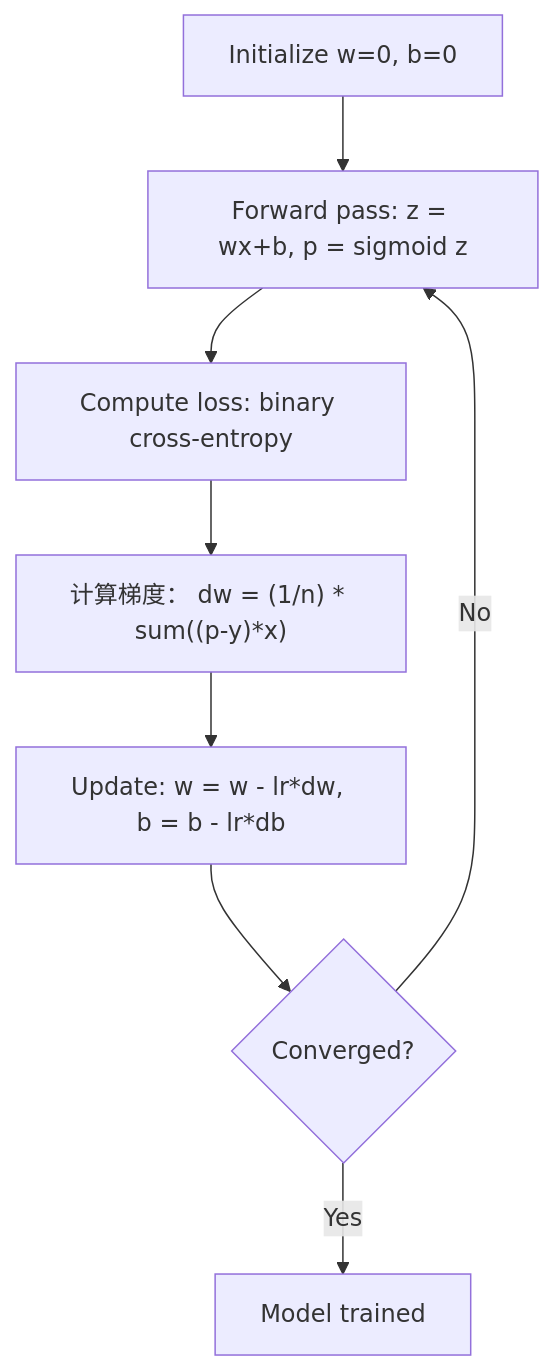
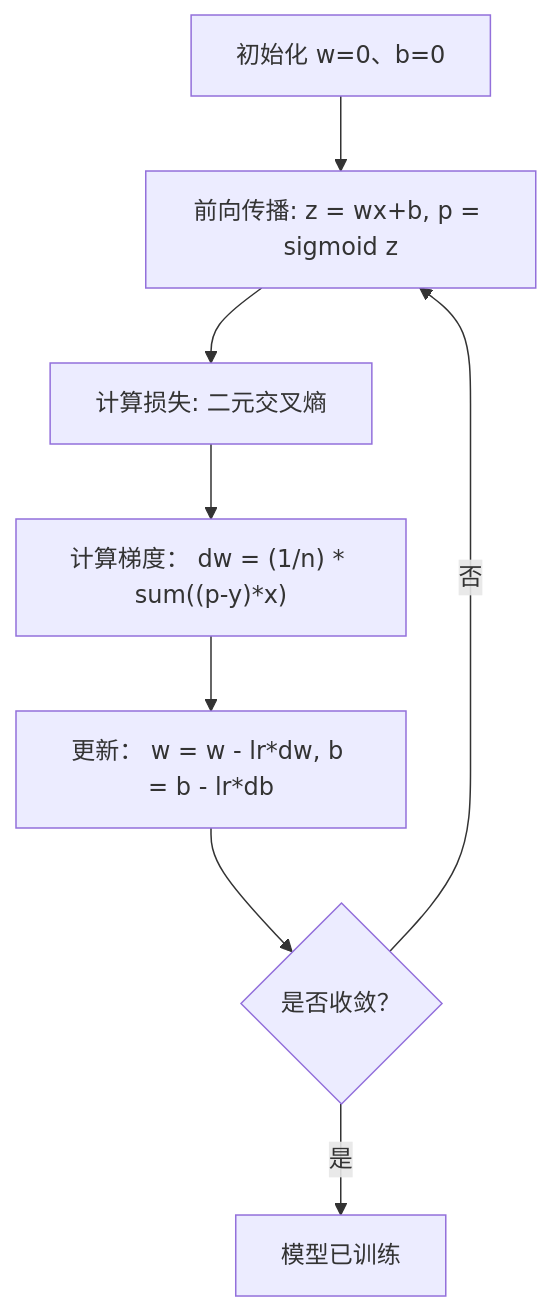
Before and after one commit to huangyue12120/Learning-Atlas: the second of 2 diagrams in content/translations/practice/02-ml-fundamentals/03-logistic-regression/zh.md, drawn with Mermaid. The commit also changed other lines of this file and 24 other files, not shown here.

Commit message:
fix(reader): localize Mermaid in source content

````diff
--- a/content/translations/practice/02-ml-fundamentals/03-logistic-regression/zh.md
+++ b/content/translations/practice/02-ml-fundamentals/03-logistic-regression/zh.md
@@ -114,10 +114,10 @@
 ```mermaid
 flowchart TD
-    A[Initialize w=0, b=0] --> B[Forward pass: z = wx+b, p = sigmoid z]
-    B --> C[Compute loss: binary cross-entropy]
+    A[初始化 w=0、b=0] --> B[前向传播: z = wx+b, p = sigmoid z]
+    B --> C[计算损失: 二元交叉熵]
     C --> D["计算梯度： dw = (1/n) * sum((p-y)*x)"]
-    D --> E[Update: w = w - lr*dw, b = b - lr*db]
-    E --> F{Converged?}
-    F -->|No| B
-    F -->|Yes| G[Model trained]
+    D --> E[更新： w = w - lr*dw, b = b - lr*db]
+    E --> F{是否收敛？}
+    F -->|否| B
+    F -->|是| G[模型已训练]
 ```
````
